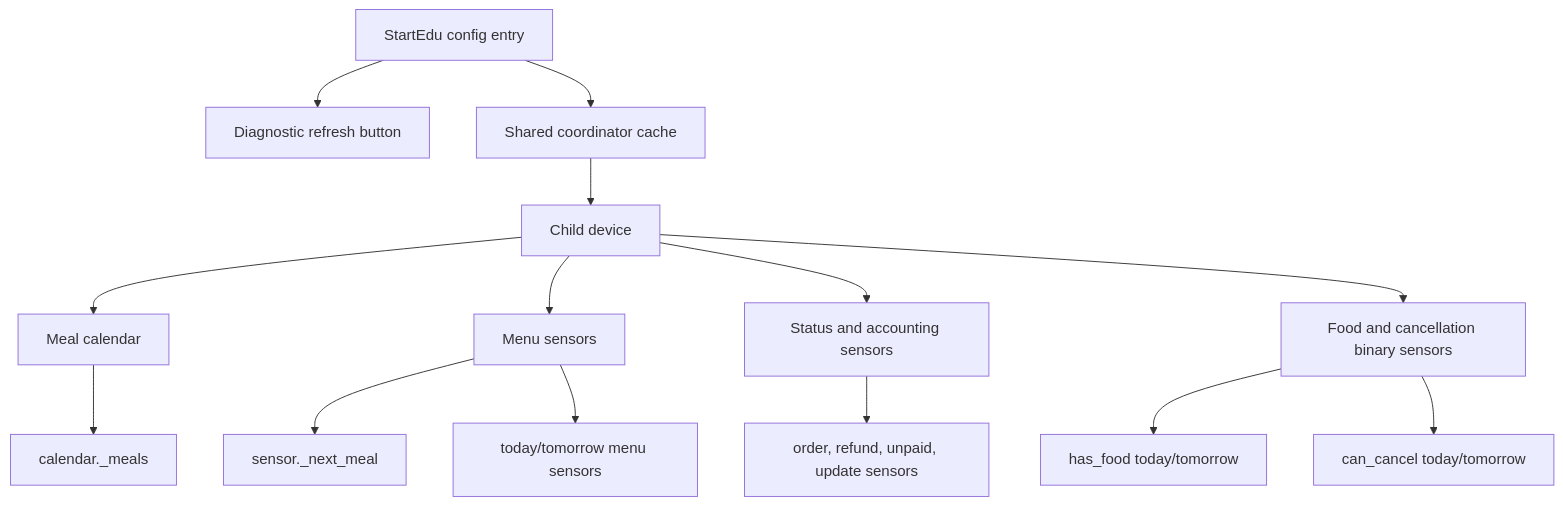
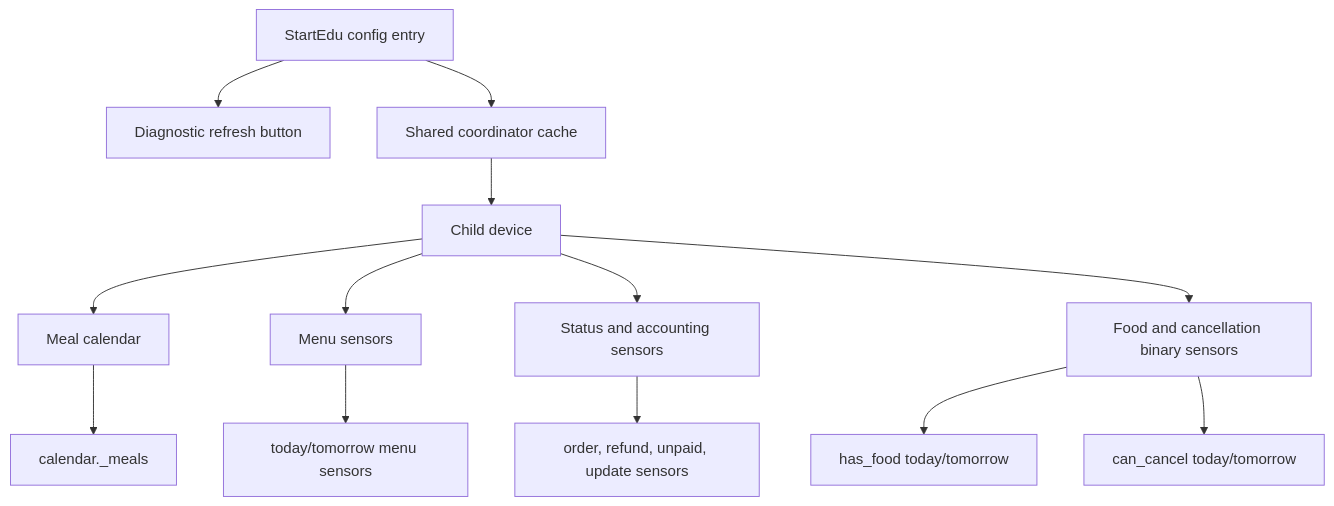
One commit to patrykchoros/startedu-ha changed the first of 2 diagrams in docs/home-assistant-entity-model.md. Above: the diagram before and after it, drawn with Mermaid. The commit also changed other lines of this file and 16 other files, not shown here.

````diff
--- a/docs/home-assistant-entity-model.md
+++ b/docs/home-assistant-entity-model.md
@@ -18,18 +18,17 @@
 ```mermaid
 flowchart TD
     entry["StartEdu config entry"] --> refresh["Diagnostic refresh button"]
     entry --> coordinator["Shared coordinator cache"]
     coordinator --> child["Child device"]
 
     child --> calendar["Meal calendar"]
     child --> menu["Menu sensors"]
     child --> status["Status and accounting sensors"]
     child --> binary["Food and cancellation binary sensors"]
 
     calendar --> cal_entity["calendar.<child>_meals"]
-    menu --> next_meal["sensor.<child>_next_meal"]
     menu --> day_menu["today/tomorrow menu sensors"]
     status --> order_state["order, refund, unpaid, update sensors"]
     binary --> food["has_food today/tomorrow"]
     binary --> can_cancel["can_cancel today/tomorrow"]
 ```
````
